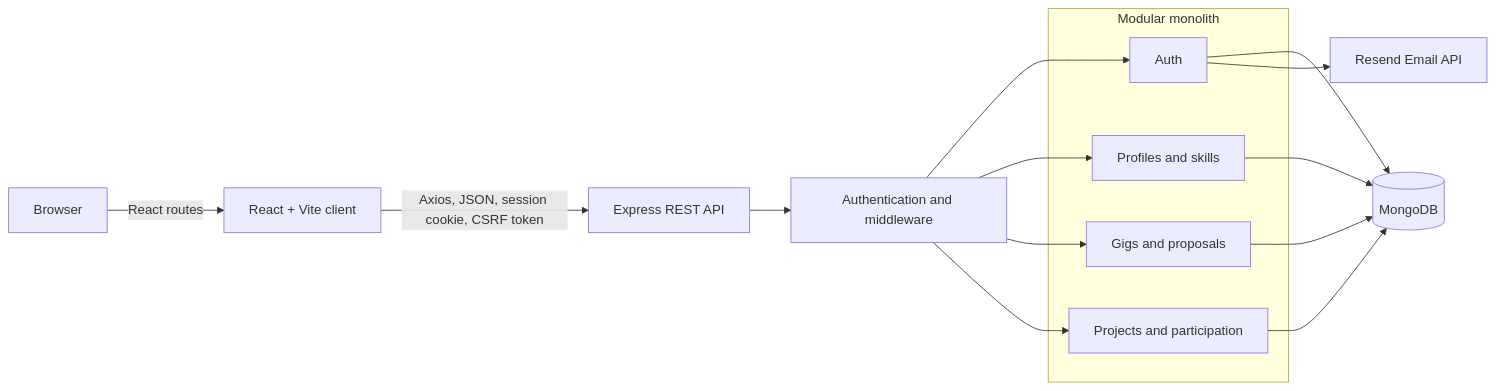
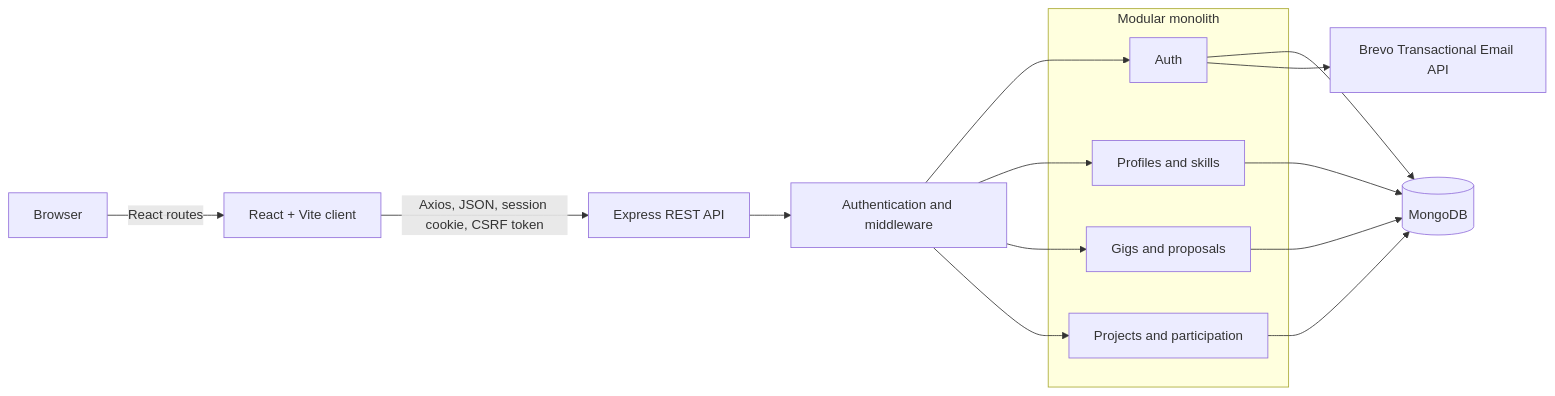
The diagram in README.md (sristikundu1/CampusCollab), drawn with Mermaid before and after one commit. The commit also changed other lines of this file and 16 other files, not shown here.

Commit message:
refactor(email): send verification through Brevo

````diff
--- a/README.md
+++ b/README.md
@@ -65,23 +65,23 @@
 ```mermaid
 flowchart LR
     U[Browser] -->|React routes| C[React + Vite client]
     C -->|Axios, JSON, session cookie, CSRF token| A[Express REST API]
     A --> M[Authentication and middleware]
     M --> AUTH
     M --> PROFILE
     M --> GIG
     M --> PROJECT
 
     subgraph MODULES[Modular monolith]
       AUTH[Auth]
       PROFILE[Profiles and skills]
       GIG[Gigs and proposals]
       PROJECT[Projects and participation]
     end
 
     AUTH --> DB[(MongoDB)]
     PROFILE --> DB
     GIG --> DB
     PROJECT --> DB
-    AUTH --> EMAIL[Resend Email API]
+    AUTH --> EMAIL[Brevo Transactional Email API]
 ```
````
